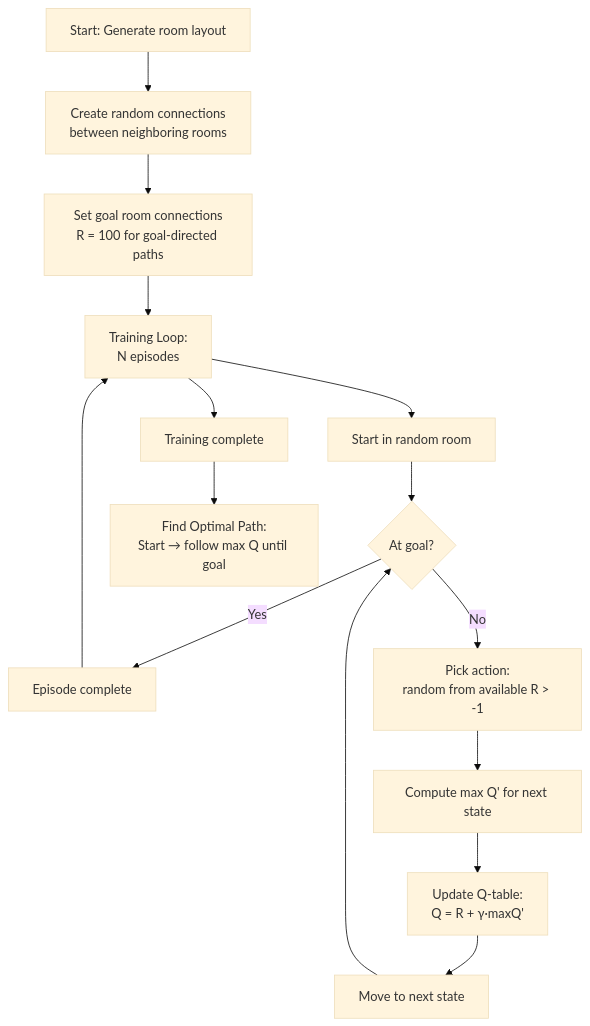
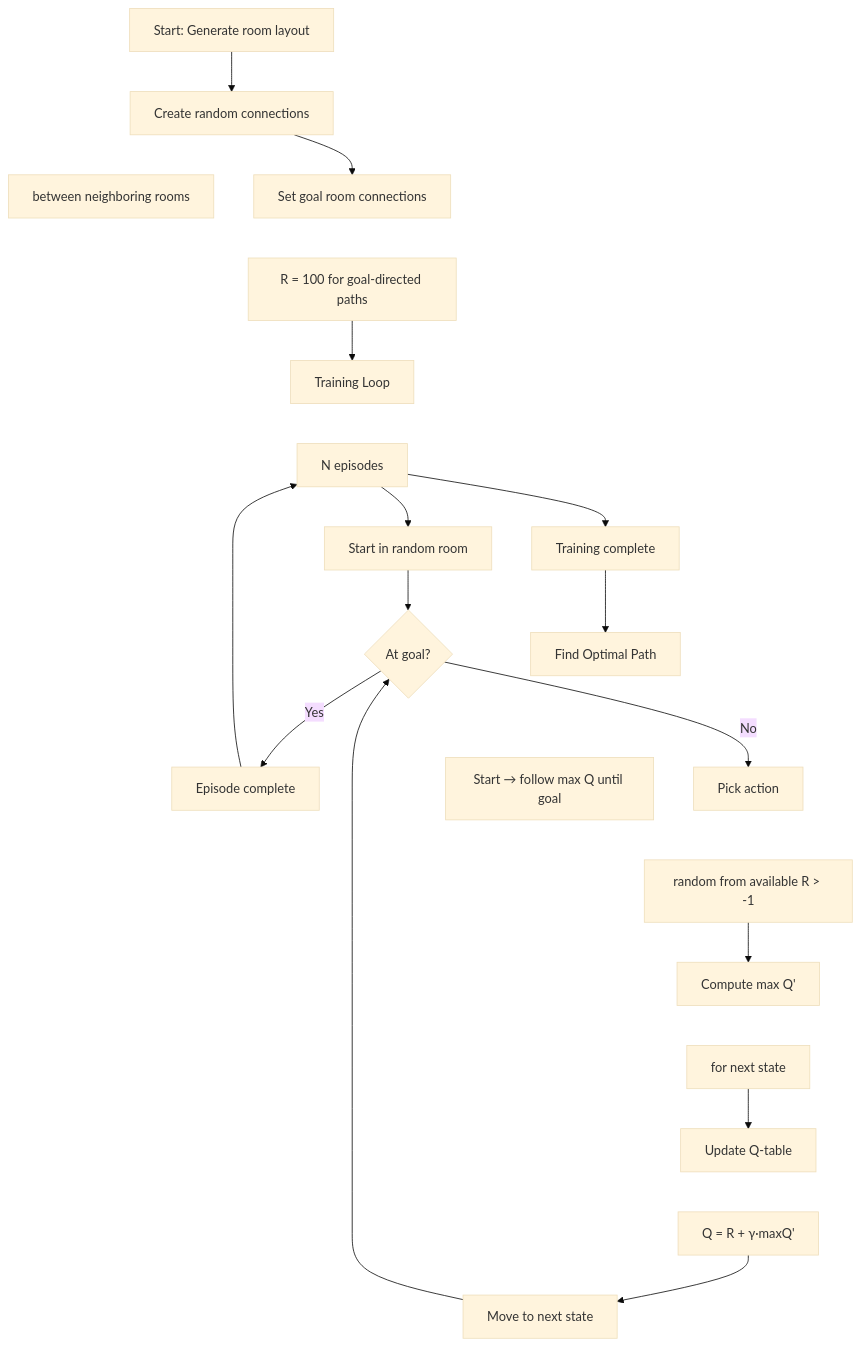
One commit to meturhan/q-learning-reinforcement changed the second of 3 diagrams in README.md. Above: the diagram before and after it, drawn with Mermaid (base theme). The commit also changed other lines of this file, not shown here.

Commit message:
fix(mermaid): replace <br> tags with separate nodes in mermaid diagrams

````diff
--- a/README.md
+++ b/README.md
@@ -88,17 +110,24 @@
 ```mermaid
 flowchart TD
-    A[Start: Generate room layout] --> B[Create random connections<br>between neighboring rooms]
-    B --> C[Set goal room connections<br>R = 100 for goal-directed paths]
-    C --> D[Training Loop:<br>N episodes]
-    D --> E[Start in random room]
+    A[Start: Generate room layout] --> B1[Create random connections]
+    B1 ~~~ B2[between neighboring rooms]
+    B1 --> C1[Set goal room connections]
+    C1 ~~~ C2[R = 100 for goal-directed paths]
+    C2 --> D1[Training Loop]
+    D1 ~~~ D2[N episodes]
+    D2 --> E[Start in random room]
     E --> F{At goal?}
     F -->|Yes| G[Episode complete]
-    G --> D
-    F -->|No| H[Pick action:<br>random from available R > -1]
-    H --> I[Compute max Q' for next state]
-    I --> J[Update Q-table:<br>Q = R + γ·maxQ']
-    J --> K[Move to next state]
+    G --> D2
+    F -->|No| H1[Pick action]
+    H1 ~~~ H2[random from available R > -1]
+    H2 --> I1[Compute max Q']
+    I1 ~~~ I2[for next state]
+    I2 --> J1[Update Q-table]
+    J1 ~~~ J2[Q = R + γ·maxQ']
+    J2 --> K[Move to next state]
     K --> F
-    D --> L[Training complete]
-    L --> M[Find Optimal Path:<br>Start → follow max Q until goal]
+    D2 --> L[Training complete]
+    L --> M1[Find Optimal Path]
+    M1 ~~~ M2[Start → follow max Q until goal]
 ```
````
